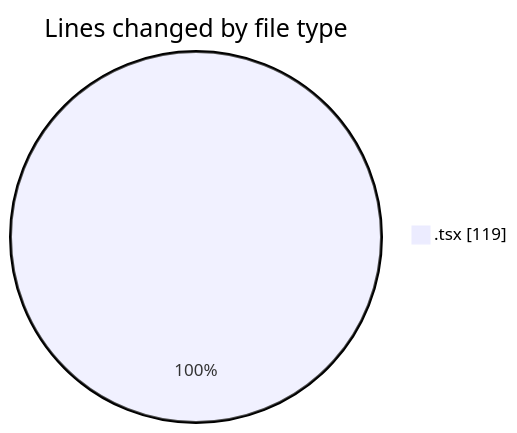
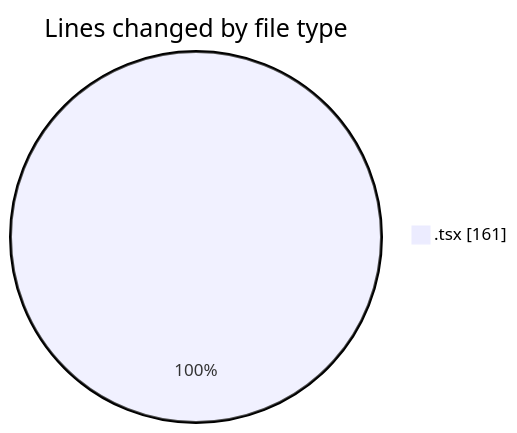
The first of 2 diagrams in 2025-02-09/cda/README.md (momahboobian/code-tracking), drawn with Mermaid before and after one commit. The commit also changed other lines of this file and 1 other file, not shown here.

````diff
--- a/2025-02-09/cda/README.md
+++ b/2025-02-09/cda/README.md
@@ -21,5 +22,5 @@
 ```mermaid
 pie showData
 title Lines changed by file type
-".tsx" : 119
+".tsx" : 161
 ```
````
